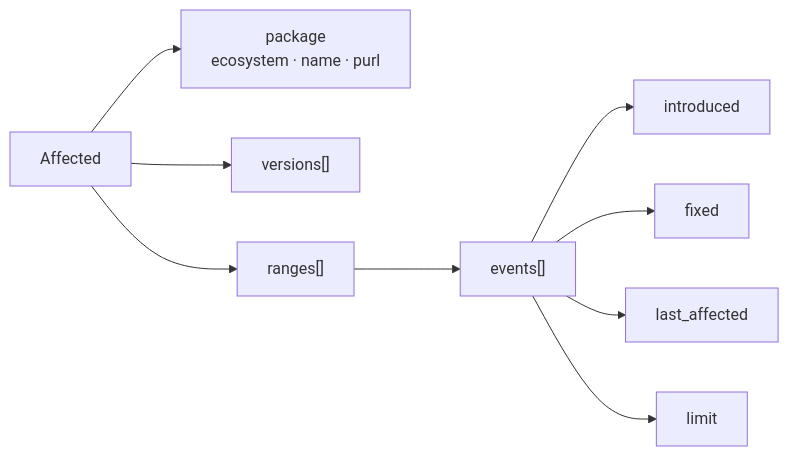
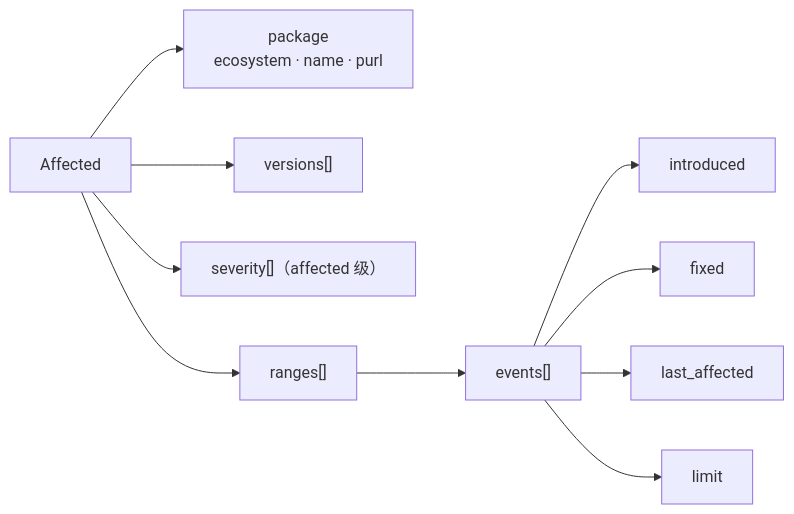
The fourth of 13 diagrams in website/zh/reference/osv-schema.md (scagogogo/osv-schema-skills), drawn with Mermaid before and after one commit. The commit also changed other lines of this file and 1 other file, not shown here.

First line of the commit message:
docs(website): add missing Affected.Severity to type diagrams (EN+ZH)

````diff
--- a/website/zh/reference/osv-schema.md
+++ b/website/zh/reference/osv-schema.md
@@ -116,11 +117,12 @@
 ```mermaid
 graph LR
   AFF["Affected"] --> PKG["package<br/>ecosystem · name · purl"]
   AFF --> VER["versions[]"]
+  AFF --> SEV["severity[]（affected 级）"]
   AFF --> RNG["ranges[]"]
   RNG --> EVT["events[]"]
   EVT --> I["introduced"]
   EVT --> F["fixed"]
   EVT --> L["last_affected"]
   EVT --> V["limit"]
 ```
````
